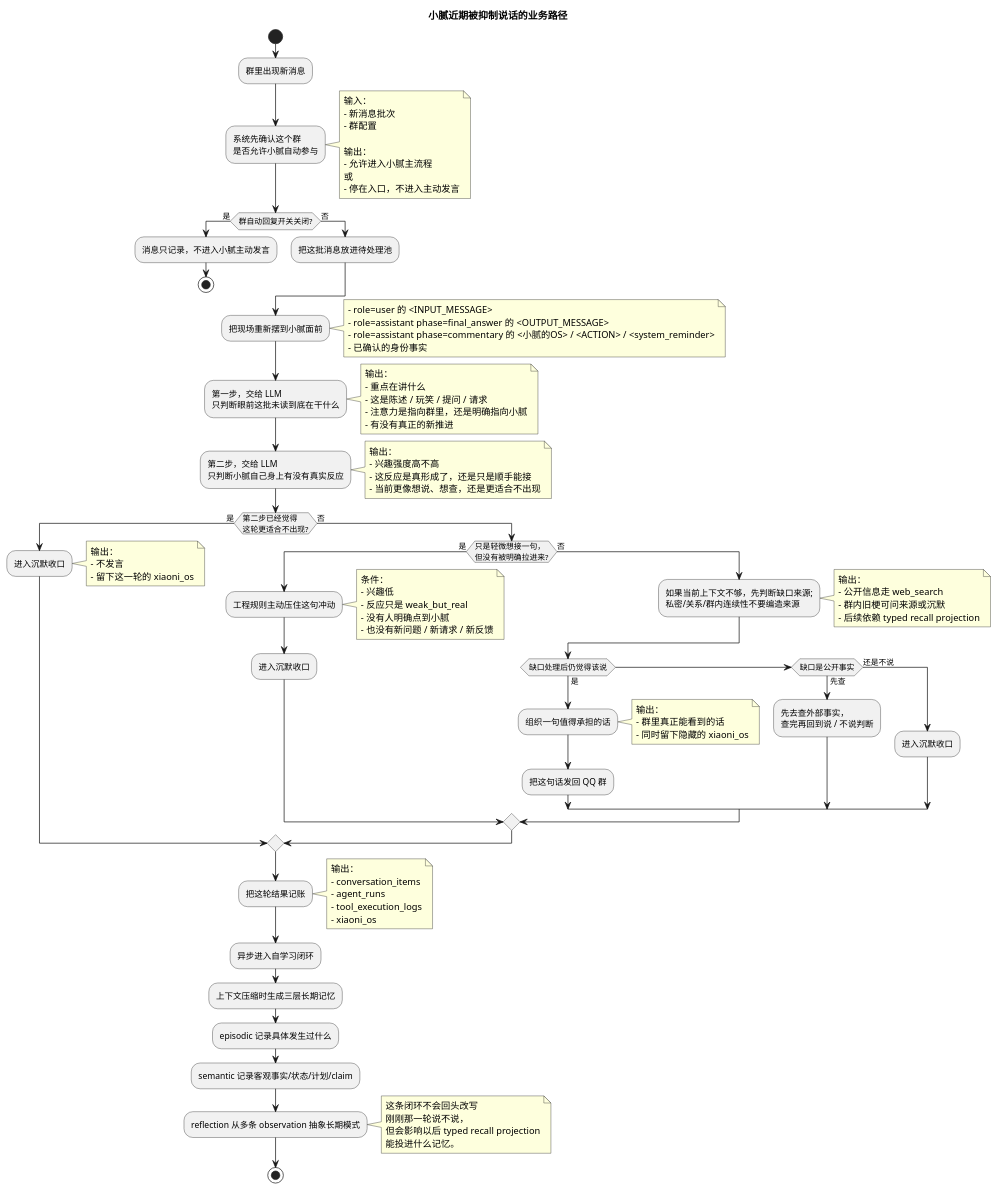
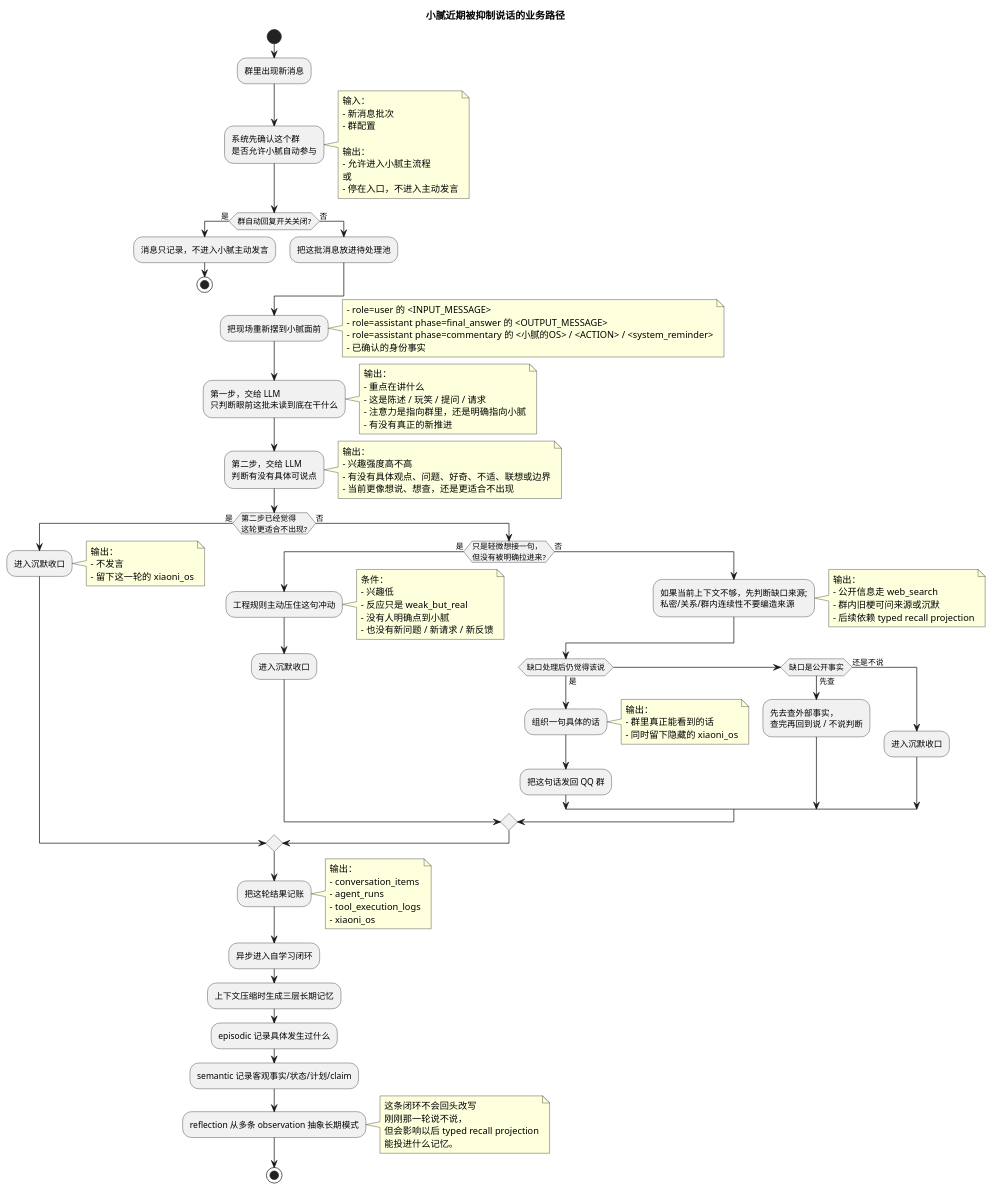
One commit to Hei-AI/xiaoni_cc changed the first of 2 diagrams in docs/AGENTS_AGENT_LOOP_RUNTIME.md. Above: the diagram before and after it, drawn with PlantUML. The commit also changed other lines of this file and 15 other files, not shown here.

```diff
--- a/docs/AGENTS_AGENT_LOOP_RUNTIME.md
+++ b/docs/AGENTS_AGENT_LOOP_RUNTIME.md
@@ -72,11 +72,11 @@
 - 有没有真正的新推进
 end note
 
-:第二步，交给 LLM\n只判断小腻自己身上有没有真实反应;
+:第二步，交给 LLM\n判断有没有具体可说点;
 note right
 输出：
 - 兴趣强度高不高
-- 这反应是真形成了，还是只是顺手能接
+- 有没有具体观点、问题、好奇、不适、联想或边界
 - 当前更像想说、想查，还是更适合不出现
 end note
 
@@ -108,7 +108,7 @@
     end note
 
     if (缺口处理后仍觉得该说) then (是)
-      :组织一句值得承担的话;
+      :组织一句具体的话;
       note right
       输出：
       - 群里真正能看到的话
```
